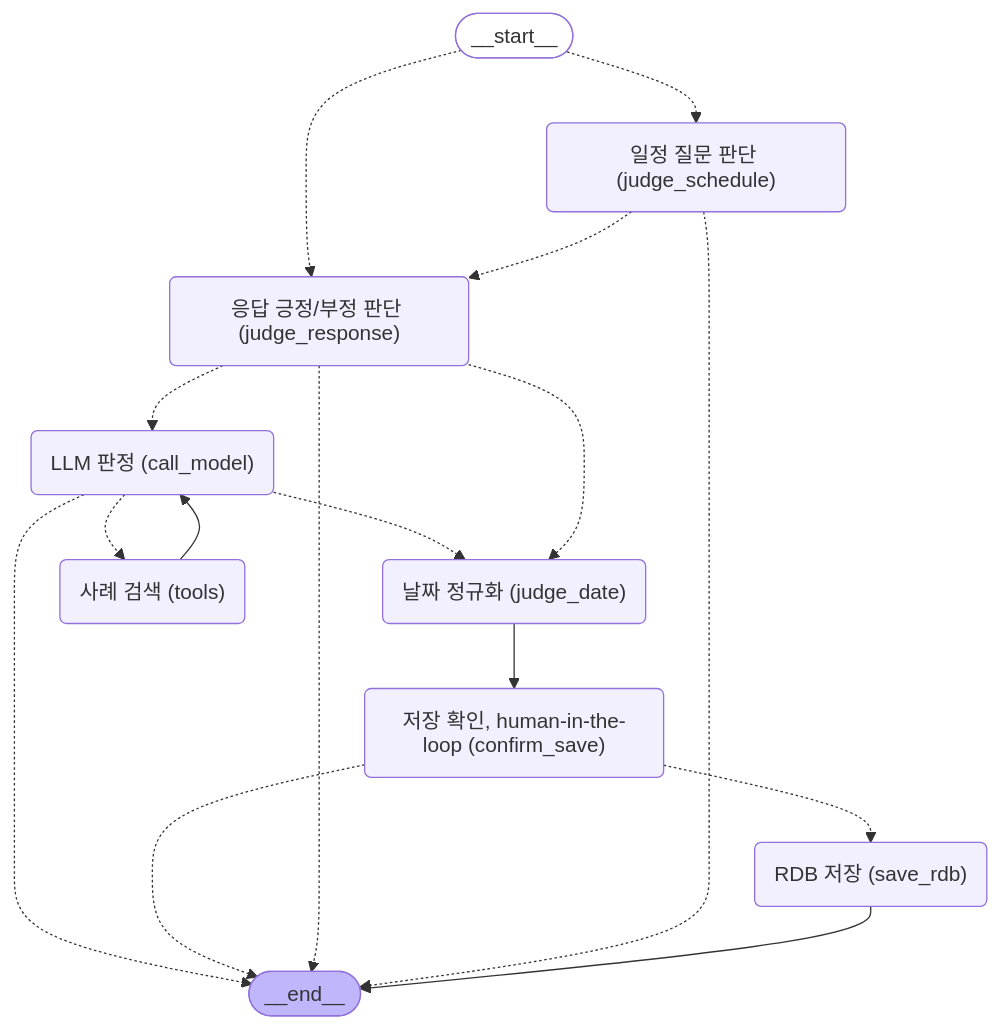
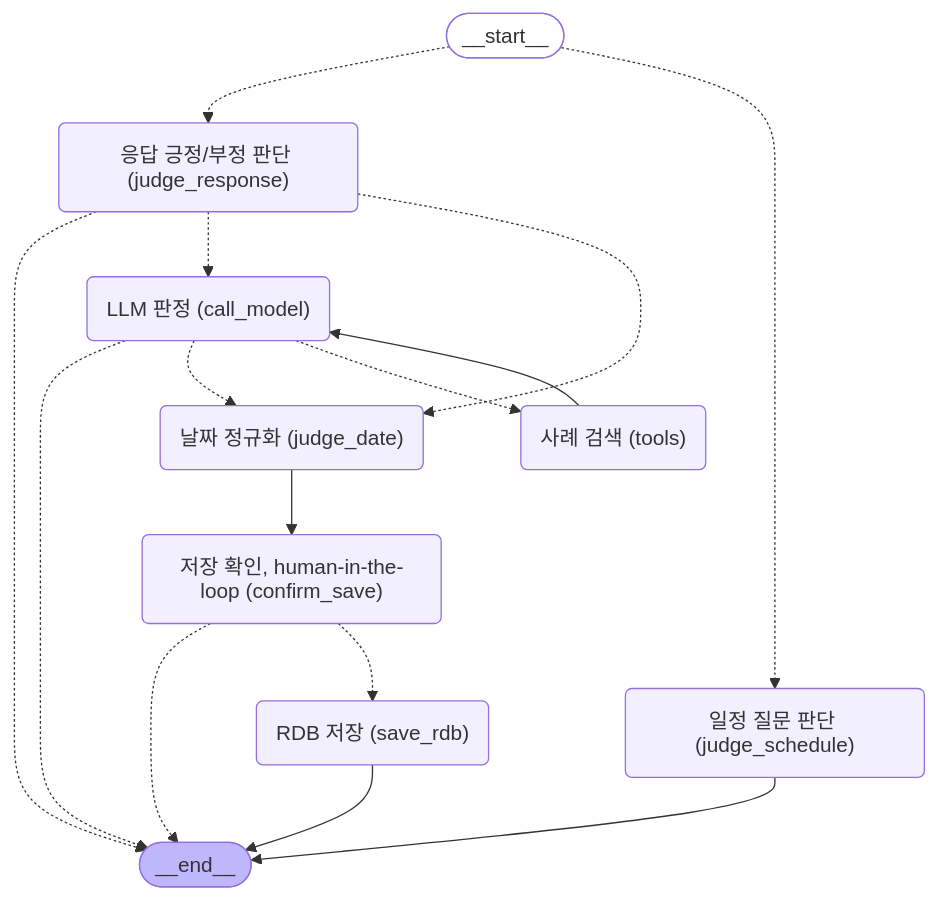
Before and after one commit to whale5500d/07_scheduling_ai_chatbot: the diagram in docs/08_PROJECT_UPGRADE.md, drawn with Mermaid. The commit also changed other lines of this file and 1 other file, not shown here.

````diff
--- a/docs/08_PROJECT_UPGRADE.md
+++ b/docs/08_PROJECT_UPGRADE.md
@@ -56,30 +56,29 @@
 ```mermaid
 graph TD;
         __start__([<p>__start__</p>]):::first
         judge_schedule("일정 질문 판단 (judge_schedule)")
         judge_response("응답 긍정/부정 판단 (judge_response)")
         judge_date("날짜 정규화 (judge_date)")
         save_rdb("RDB 저장 (save_rdb)")
         call_model("LLM 판정 (call_model)")
         tools("사례 검색 (tools)")
         confirm_save("저장 확인, human-in-the-loop (confirm_save)")
         __end__([<p>__end__</p>]):::last
         __start__ -.-> judge_response;
         __start__ -.-> judge_schedule;
         call_model -.-> __end__;
         call_model -.-> judge_date;
         call_model -.-> tools;
         confirm_save -.-> __end__;
         confirm_save -.-> save_rdb;
         judge_date --> confirm_save;
         judge_response -.-> __end__;
         judge_response -.-> call_model;
         judge_response -.-> judge_date;
-        judge_schedule -.-> __end__;
-        judge_schedule -.-> judge_response;
         tools --> call_model;
+        judge_schedule --> __end__;
         save_rdb --> __end__;
         classDef default fill:#f2f0ff,line-height:1.2
         classDef first fill-opacity:0
         classDef last fill:#bfb6fc
 ```
````
